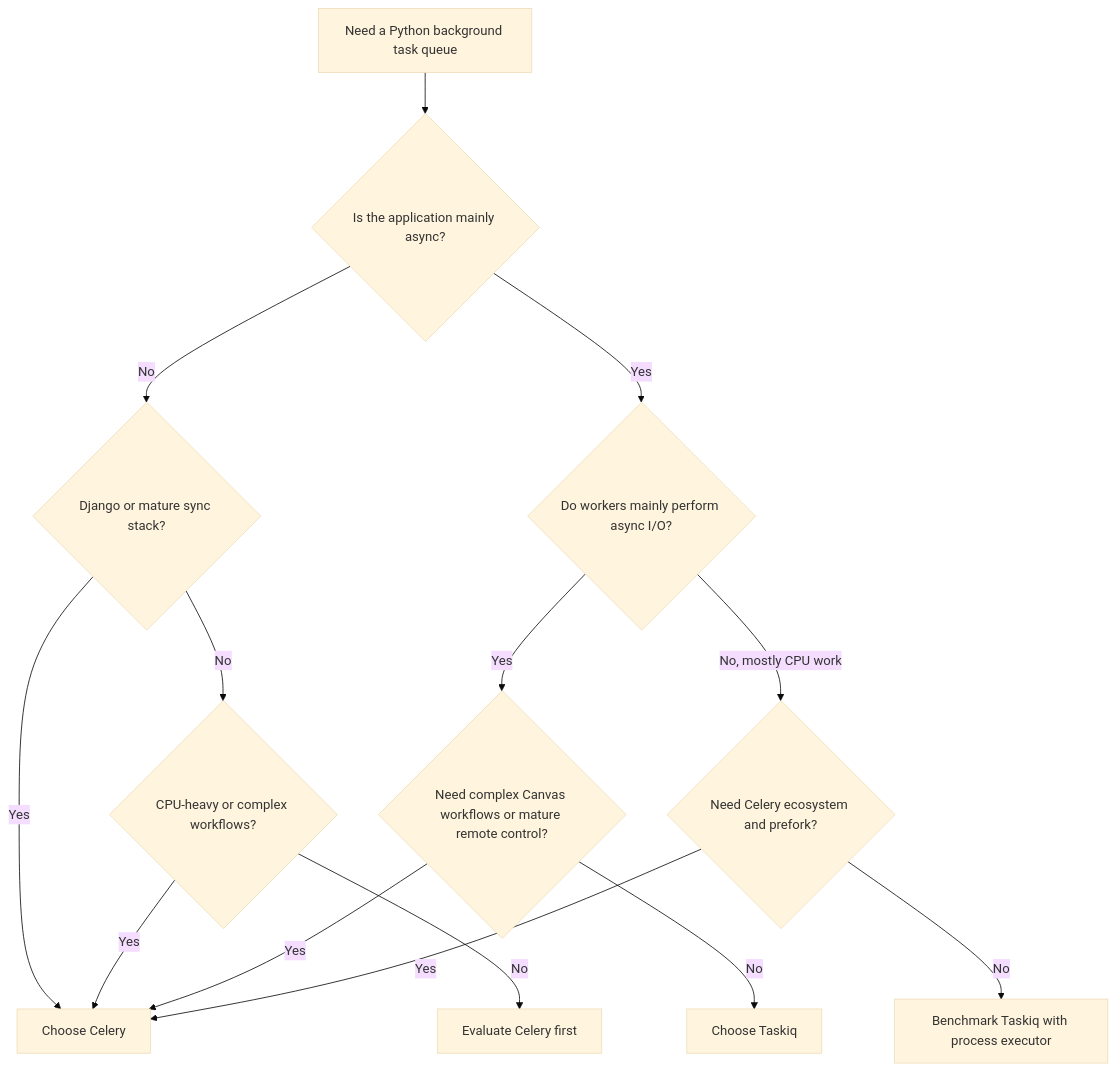
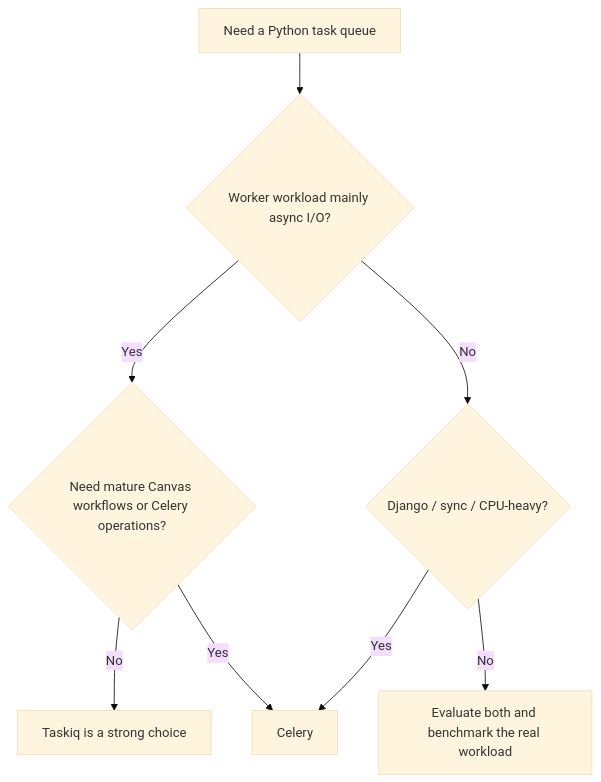
The eighth of 8 diagrams in src/content/task-processing/celery-vs-taskiq.md (AvadhBhalodiya/Interview-Preparation), drawn with Mermaid (base theme) before and after one commit. The commit also changed other lines of this file and 80 other files, not shown here.

````diff
--- a/src/content/task-processing/celery-vs-taskiq.md
+++ b/src/content/task-processing/celery-vs-taskiq.md
@@ -1349,19 +502,10 @@
 ```mermaid
 flowchart TD
-    A[Need a Python background task queue] --> B{Is the application mainly async?}
-
-    B -->|No| C{Django or mature sync stack?}
-    C -->|Yes| D[Choose Celery]
-    C -->|No| E{CPU-heavy or complex workflows?}
-    E -->|Yes| D
-    E -->|No| F[Evaluate Celery first]
-
-    B -->|Yes| G{Do workers mainly perform async I/O?}
-    G -->|Yes| H{Need complex Canvas workflows or mature remote control?}
-    H -->|Yes| D
-    H -->|No| I[Choose Taskiq]
-
-    G -->|No, mostly CPU work| J{Need Celery ecosystem and prefork?}
-    J -->|Yes| D
-    J -->|No| K[Benchmark Taskiq with process executor]
+    A[Need a Python task queue] --> B{Worker workload mainly async I/O?}
+    B -->|Yes| C{Need mature Canvas workflows or Celery operations?}
+    C -->|No| D[Taskiq is a strong choice]
+    C -->|Yes| E[Celery]
+    B -->|No| F{Django / sync / CPU-heavy?}
+    F -->|Yes| E
+    F -->|No| G[Evaluate both and benchmark the real workload]
 ```
````
